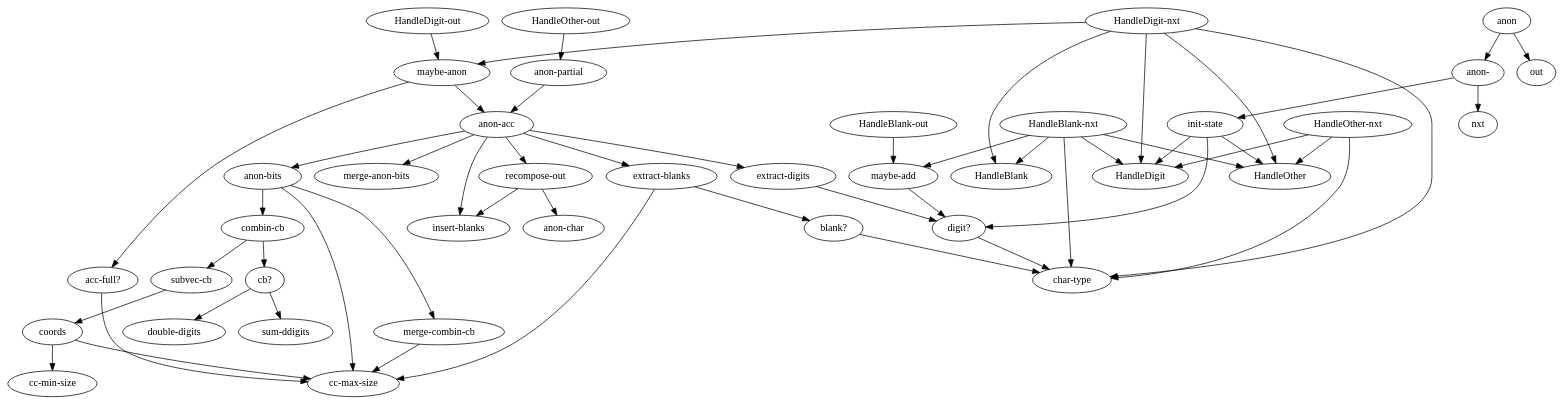
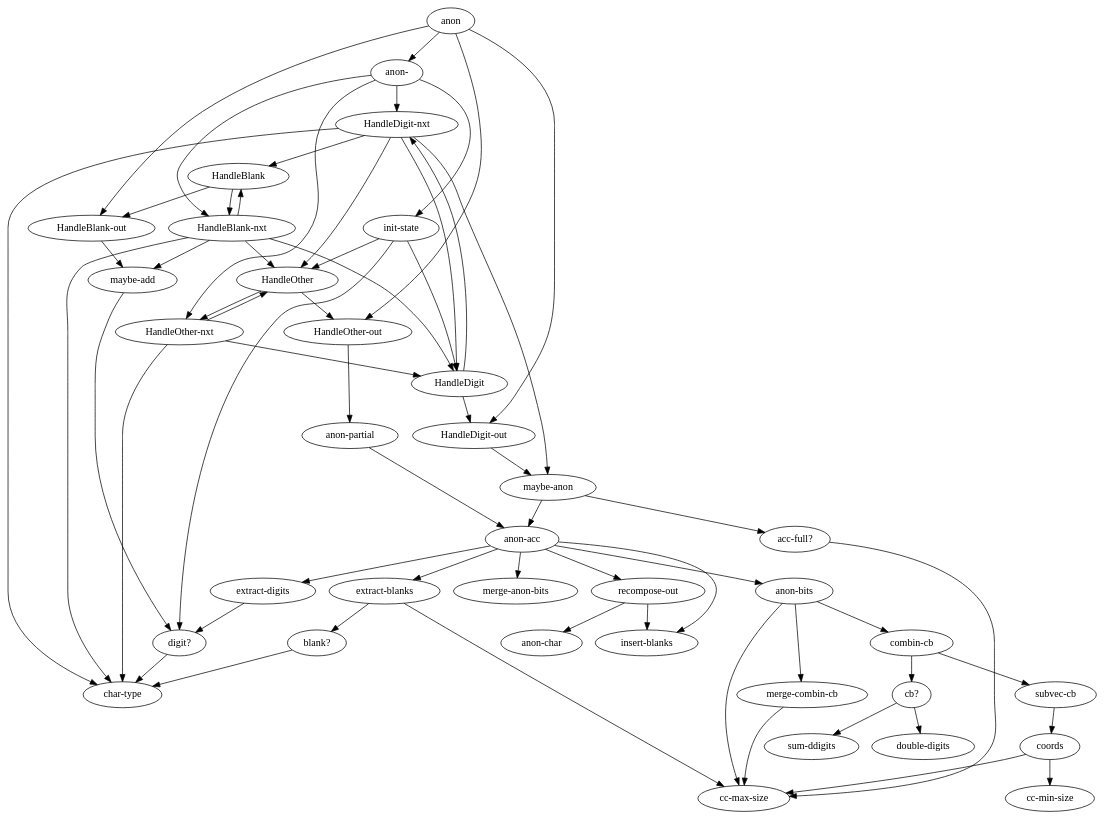
Before and after one commit to denlab/luhn-challenge: the diagram in doc/algo.dot, drawn with Graphviz. The commit also changed 1 other file, not shown here.

```diff
--- a/doc/algo.dot
+++ b/doc/algo.dot
@@ -1,113 +1,93 @@
 digraph {
-        "char-type";
-        "anon-partial";
-        "maybe-add";
-        "cc-min-size";
-        "cc-max-size";
-        "acc-full?";
-        "blank?";
-        "extract-blanks";
-        "digit?";
-        "extract-digits";
-        "insert-blanks";
-        "merge-anon-bits";
-        "anon-char";
-        "recompose-out";
-        "merge-combin-cb";
-        "coords";
-        "subvec-cb";
-        "sum-ddigits";
-        "double-digits";
-        "cb?";
-        "combin-cb";
-        "anon-bits";
-        "anon-acc";
-        "maybe-anon";
-        "digit?";
-        "init-state";
-        "anon-";
-        "anon";
-
-        "HandleDigit";
-        "HandleOther";
-        "HandleBlank";
-        "nxt";
-        "out";
         
         "anon-partial" -> "anon-acc";
 
         "maybe-add" -> "digit?";
 
         "acc-full?" -> "cc-max-size";
 
         "blank?" -> "char-type";
 
         "extract-blanks" -> "cc-max-size";
         "extract-blanks" -> "blank?";
 
         "digit?" -> "char-type";
 
         "extract-digits" -> "digit?";
 
         "recompose-out" -> "anon-char";
         "recompose-out" -> "insert-blanks";
 
         "merge-combin-cb" -> "cc-max-size";
 
         "coords" -> "cc-min-size";
         "coords" -> "cc-max-size";
 
         "subvec-cb" -> "coords";
 
         "cb?" -> "sum-ddigits";
         "cb?" -> "double-digits";
 
         "combin-cb" -> "subvec-cb";
         "combin-cb" -> "cb?";
 
         "anon-bits" -> "cc-max-size";
         "anon-bits" -> "combin-cb";
         "anon-bits" -> "merge-combin-cb";
 
         "anon-acc" -> "extract-digits";
         "anon-acc" -> "extract-blanks";
         "anon-acc" -> "anon-bits";
         "anon-acc" -> "merge-anon-bits";
         "anon-acc" -> "recompose-out";
         "anon-acc" -> "insert-blanks";
 
         "maybe-anon" -> "acc-full?";
         "maybe-anon" -> "anon-acc";
 
         "init-state" -> "HandleDigit";
         "init-state" -> "HandleOther";
         "init-state" -> "digit?";
 
         "anon-" -> "init-state";
-        "anon-" -> "nxt";
+        "anon-" -> "HandleDigit-nxt";
+        "anon-" -> "HandleBlank-nxt";
+        "anon-" -> "HandleOther-nxt";
 
         "anon" -> "anon-";
-        "anon" -> "out";
+        "anon" -> "HandleDigit-out";
+        "anon" -> "HandleBlank-out";
+        "anon" -> "HandleOther-out";
+
+        "HandleOther" -> "HandleOther-nxt";
+        "HandleOther" -> "HandleOther-out";
+
+        "HandleDigit" -> "HandleDigit-nxt";
+        "HandleDigit" -> "HandleDigit-out";
+
+        "HandleBlank" -> "HandleBlank-nxt";
+        "HandleBlank" -> "HandleBlank-out";
+        
 
         "HandleOther-nxt" -> "char-type";
         "HandleOther-nxt" -> "HandleOther";
         "HandleOther-nxt" -> "HandleDigit";
         
         "HandleOther-out" -> "anon-partial";
 
         "HandleBlank-nxt" -> "char-type";
         "HandleBlank-nxt" -> "maybe-add";
         "HandleBlank-nxt" -> "HandleDigit";
         "HandleBlank-nxt" -> "HandleBlank";
         "HandleBlank-nxt" -> "HandleOther";
 
         "HandleBlank-out" -> "maybe-add";
         
         "HandleDigit-nxt" -> "char-type";
         "HandleDigit-nxt" -> "maybe-anon";
         "HandleDigit-nxt" -> "HandleDigit";
         "HandleDigit-nxt" -> "HandleBlank";
         "HandleDigit-nxt" -> "HandleOther";
 
         "HandleDigit-out" -> "maybe-anon";
 }
```
